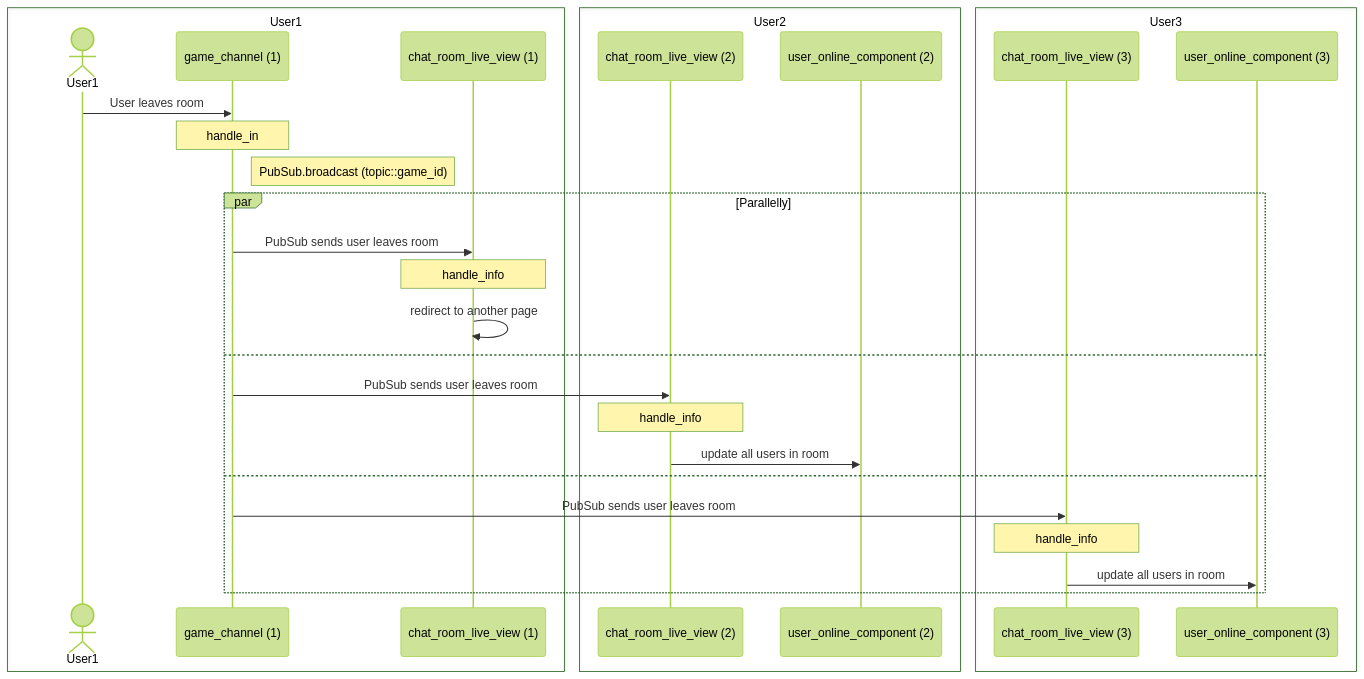
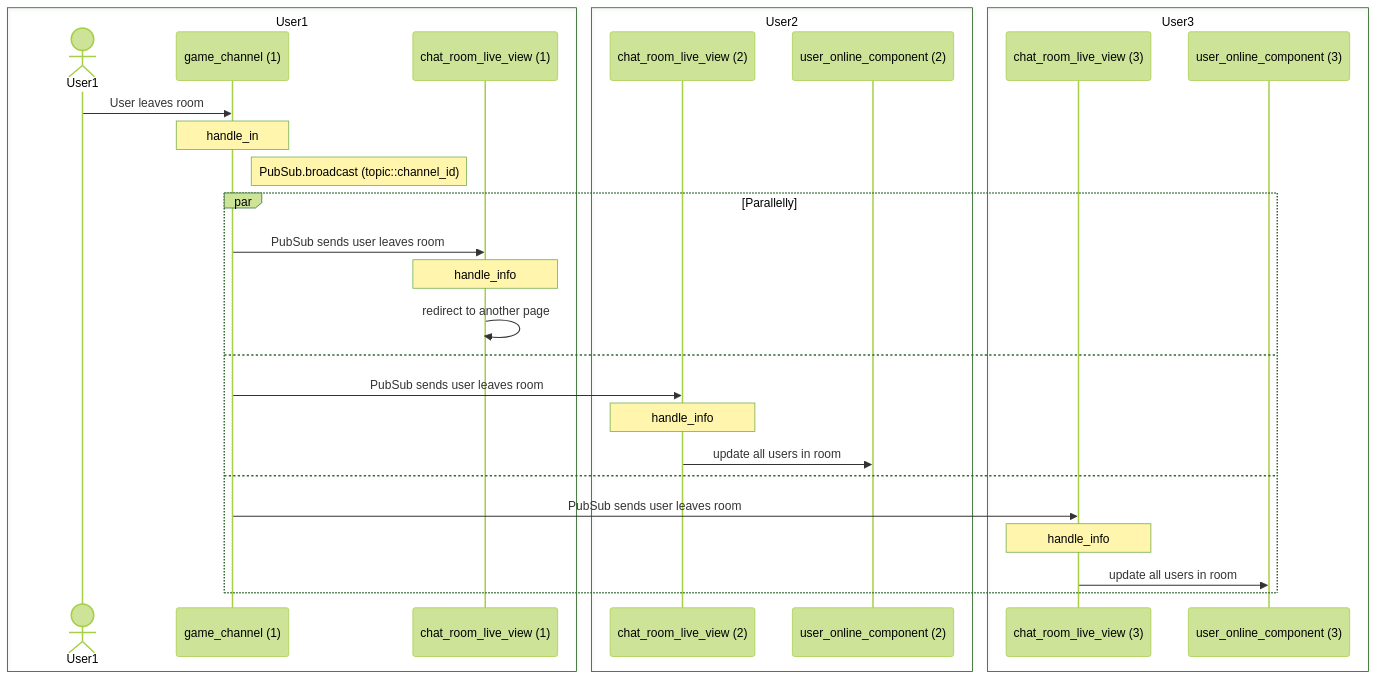
One commit to ohhi-vn/embedded_chat changed the fifth of 5 diagrams in README.md. Above: the diagram before and after it, drawn with Mermaid (forest theme). The commit also changed other lines of this file and 9 other files, not shown here.

Commit message:
rename 'game' to 'channel'

````diff
--- a/README.md
+++ b/README.md
@@ -166,32 +166,32 @@
 ```mermaid
 sequenceDiagram
     box User1
     actor User1
     participant game_channel (1)
     participant chat_room_live_view (1)
     end
     box User2
     participant chat_room_live_view (2)
     participant user_online_component (2)
     end
     box User3
     participant chat_room_live_view (3)
     participant user_online_component (3)
     end
     User1->>game_channel (1): User leaves room
     Note over game_channel (1): handle_in
-    Note right of game_channel (1): PubSub.broadcast (topic::game_id)
+    Note right of game_channel (1): PubSub.broadcast (topic::channel_id)
     par Parallelly
     game_channel (1) ->> chat_room_live_view (1): PubSub sends user leaves room
     Note over chat_room_live_view (1): handle_info
     chat_room_live_view (1)->>chat_room_live_view (1): redirect to another page
     and
     game_channel (1) ->> chat_room_live_view (2): PubSub sends user leaves room
     Note over chat_room_live_view (2): handle_info
     chat_room_live_view (2)->>user_online_component (2): update all users in room
     and
     game_channel (1) ->> chat_room_live_view (3): PubSub sends user leaves room
     Note over chat_room_live_view (3): handle_info
     chat_room_live_view (3)->>user_online_component (3): update all users in room
     end
 ```
````
